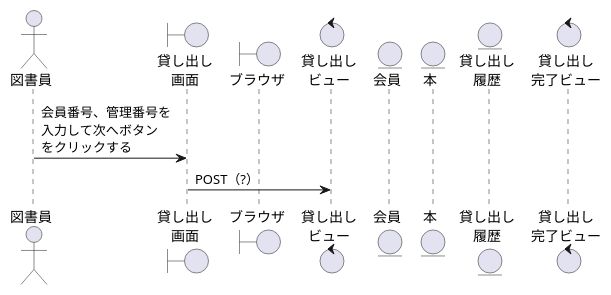
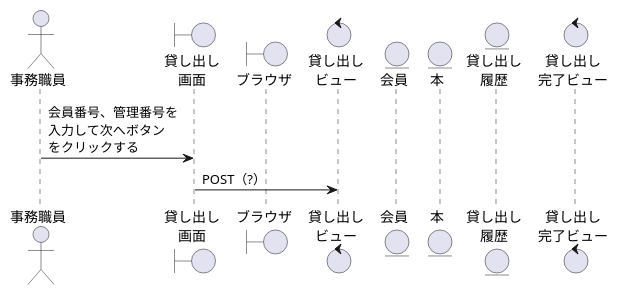
The diagram in 効果測定/貸し出し.wsd (ysyk-wtnb16/team_D), drawn with PlantUML before and after one commit. The commit also changed 2 other files, not shown here.

```diff
--- a/効果測定/貸し出し.wsd
+++ b/効果測定/貸し出し.wsd
@@ -1,17 +1,17 @@
 @startuml Rental 
 
-actor "図書員" as librarian
+actor "事務職員" as staff
 boundary "貸し出し\n画面" as Rens
 boundary "ブラウザ" as brz
 control "貸し出し\nビュー" as Renv
 entity "会員" as member
 entity "本" as book
 entity "貸し出し\n履歴" as RenH
 control "貸し出し\n完了ビュー" as RenCv
 
 
-librarian -> Rens: 会員番号、管理番号を\n入力して次へボタン\nをクリックする
+staff -> Rens: 会員番号、管理番号を\n入力して次へボタン\nをクリックする
 Rens -> Renv: POST（?）
 
 
 @enduml
```
